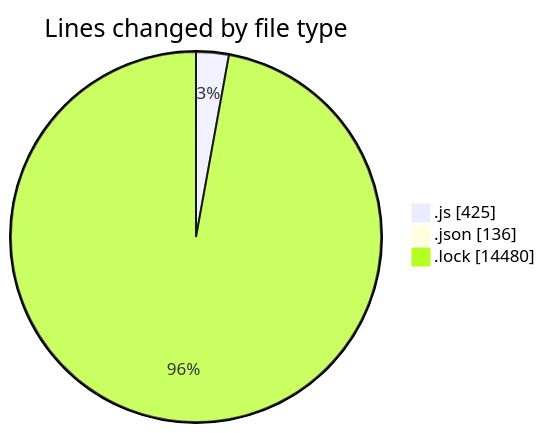
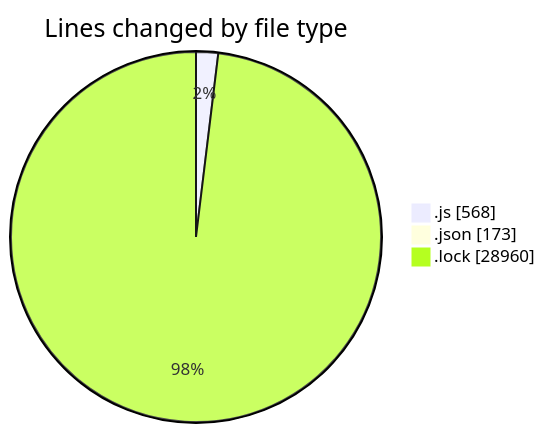
The first of 2 diagrams in 2025-12-18/cda/README.md (momahboobian/code-tracking), drawn with Mermaid before and after one commit. The commit also changed other lines of this file and 1 other file, not shown here.

````diff
--- a/2025-12-18/cda/README.md
+++ b/2025-12-18/cda/README.md
@@ -31,7 +35,7 @@
 ```mermaid
 pie showData
 title Lines changed by file type
-".js" : 425
-".json" : 136
-".lock" : 14480
+".js" : 568
+".json" : 173
+".lock" : 28960
 ```
````
